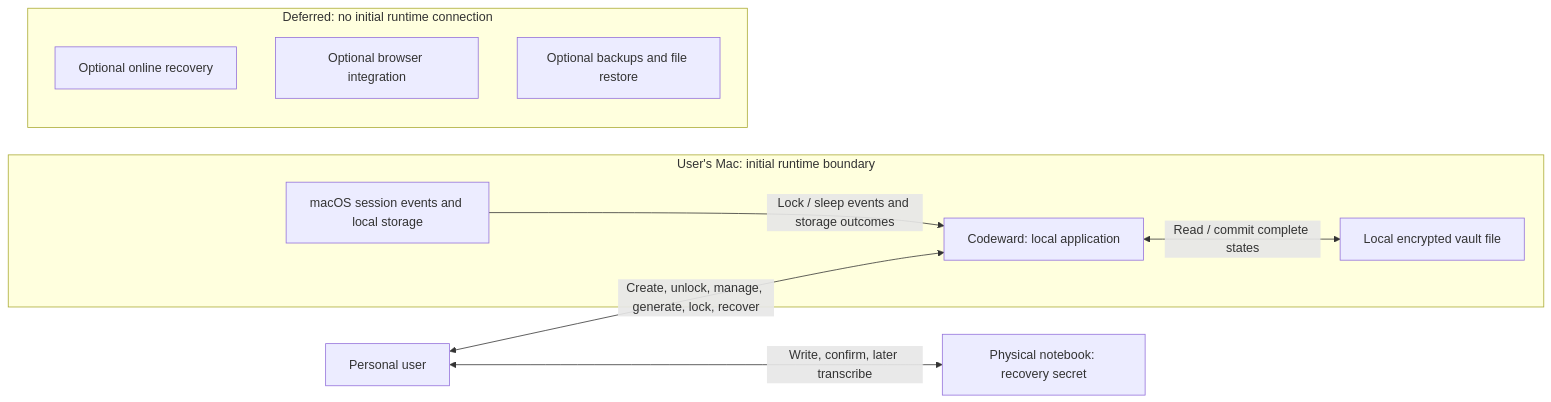
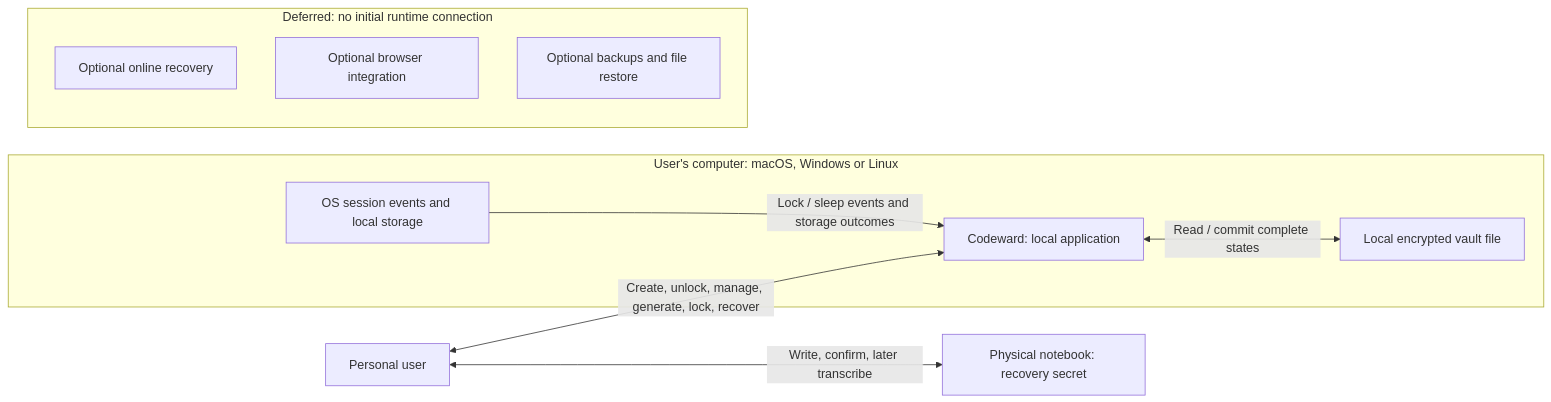
Before and after one commit to versatileisonline/codeward: the first of 3 diagrams in docs/system-design.md, drawn with Mermaid. The commit also changed other lines of this file and 5 other files, not shown here.

````diff
--- a/docs/system-design.md
+++ b/docs/system-design.md
@@ -9,19 +10,19 @@
 ```mermaid
 flowchart LR
     person["Personal user"]
     paper["Physical notebook: recovery secret"]
-    subgraph device["User's Mac: initial runtime boundary"]
+    subgraph device["User's computer: macOS, Windows or Linux"]
         app["Codeward: local application"]
         vault["Local encrypted vault file"]
-        session["macOS session events and local storage"]
+        session["OS session events and local storage"]
         app <-->|"Read / commit complete states"| vault
         session -->|"Lock / sleep events and storage outcomes"| app
     end
     person <-->|"Create, unlock, manage, generate, lock, recover"| app
     person <-->|"Write, confirm, later transcribe"| paper
     subgraph future["Deferred: no initial runtime connection"]
         online["Optional online recovery"]
         browser["Optional browser integration"]
         backup["Optional backups and file restore"]
     end
 ```
````
